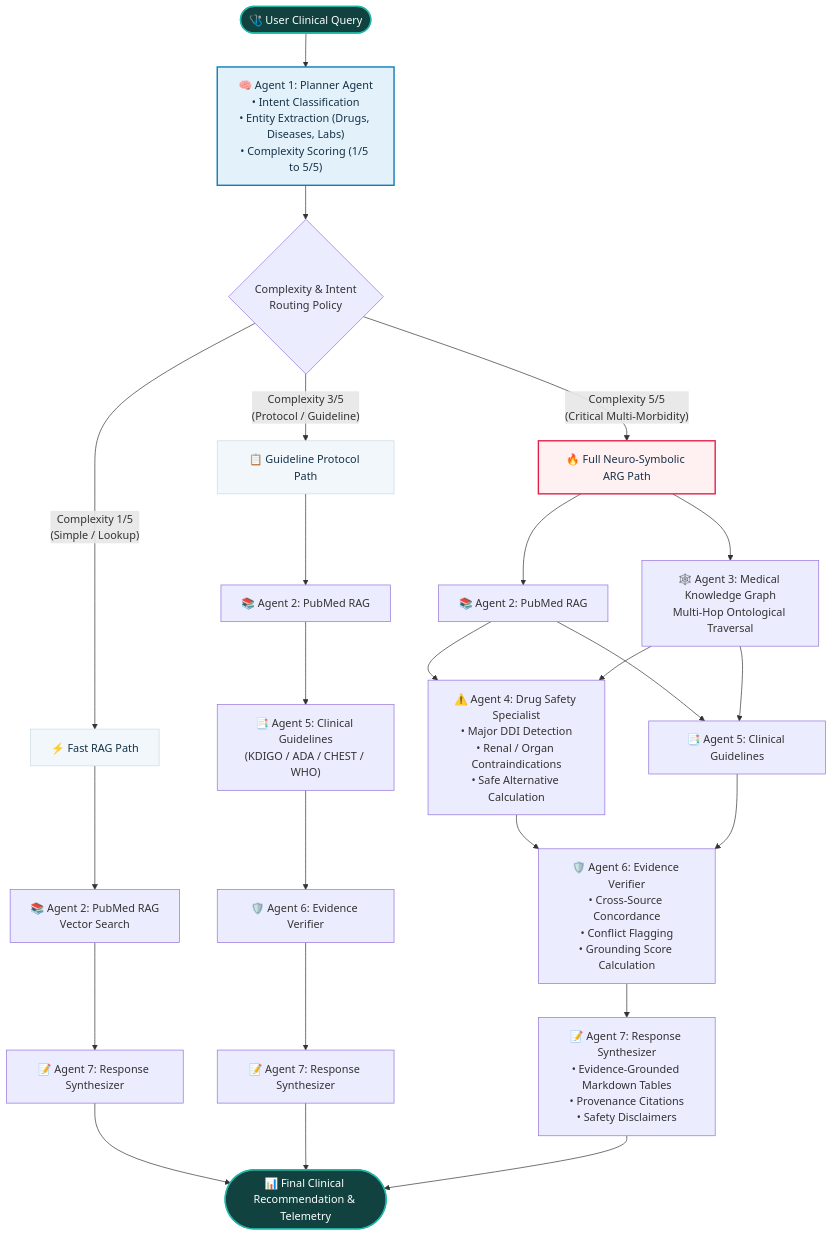
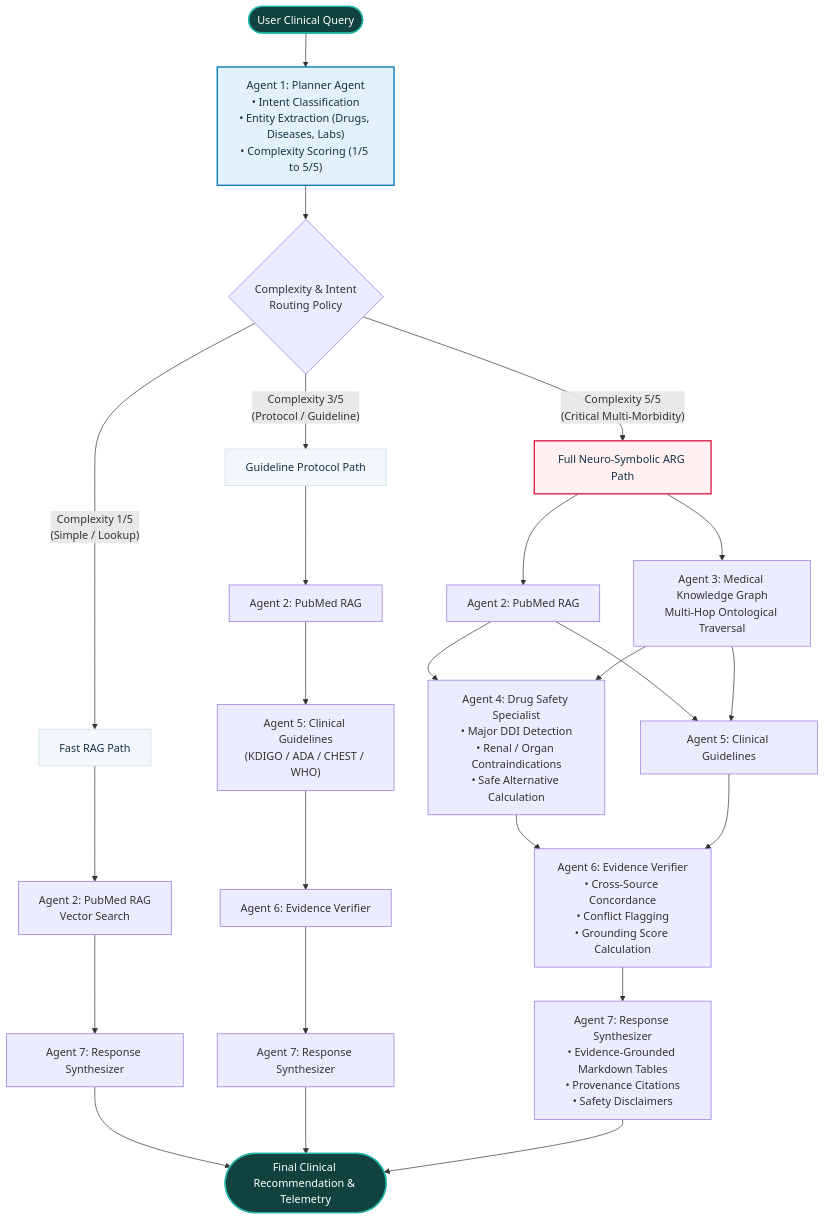
One commit to suryasenthilr/MedGraph changed the diagram in README.md. Above: the diagram before and after it, drawn with Mermaid. The commit also changed other lines of this file, not shown here.

````diff
--- a/README.md
+++ b/README.md
@@ -34,38 +27,38 @@
 ```mermaid
 flowchart TD
-    UserQuery(["🩺 User Clinical Query"]) --> Planner["🧠 Agent 1: Planner Agent\n• Intent Classification\n• Entity Extraction (Drugs, Diseases, Labs)\n• Complexity Scoring (1/5 to 5/5)"]
+    UserQuery(["User Clinical Query"]) --> Planner["Agent 1: Planner Agent\n• Intent Classification\n• Entity Extraction (Drugs, Diseases, Labs)\n• Complexity Scoring (1/5 to 5/5)"]
 
     Planner --> Decision{"Complexity & Intent\nRouting Policy"}
 
     %% Path 1: Simple Symptoms
-    Decision -->|"Complexity 1/5\n(Simple / Lookup)"| Path1["⚡ Fast RAG Path"]
-    Path1 --> RAG1["📚 Agent 2: PubMed RAG\nVector Search"]
-    RAG1 --> Resp1["📝 Agent 7: Response Synthesizer"]
+    Decision -->|"Complexity 1/5\n(Simple / Lookup)"| Path1["Fast RAG Path"]
+    Path1 --> RAG1["Agent 2: PubMed RAG\nVector Search"]
+    RAG1 --> Resp1["Agent 7: Response Synthesizer"]
 
     %% Path 2: Clinical Guidelines
-    Decision -->|"Complexity 3/5\n(Protocol / Guideline)"| Path2["📋 Guideline Protocol Path"]
-    Path2 --> RAG2["📚 Agent 2: PubMed RAG"]
-    RAG2 --> Guide2["📑 Agent 5: Clinical Guidelines\n(KDIGO / ADA / CHEST / WHO)"]
-    Guide2 --> Verif2["🛡️ Agent 6: Evidence Verifier"]
-    Verif2 --> Resp2["📝 Agent 7: Response Synthesizer"]
+    Decision -->|"Complexity 3/5\n(Protocol / Guideline)"| Path2["Guideline Protocol Path"]
+    Path2 --> RAG2["Agent 2: PubMed RAG"]
+    RAG2 --> Guide2["Agent 5: Clinical Guidelines\n(KDIGO / ADA / CHEST / WHO)"]
+    Guide2 --> Verif2["Agent 6: Evidence Verifier"]
+    Verif2 --> Resp2["Agent 7: Response Synthesizer"]
 
     %% Path 3: Complex Polypharmacy / Multimorbidity
-    Decision -->|"Complexity 5/5\n(Critical Multi-Morbidity)"| Path3["🔥 Full Neuro-Symbolic ARG Path"]
-    Path3 --> RAG3["📚 Agent 2: PubMed RAG"]
-    Path3 --> KG3["🕸️ Agent 3: Medical Knowledge Graph\nMulti-Hop Ontological Traversal"]
+    Decision -->|"Complexity 5/5\n(Critical Multi-Morbidity)"| Path3["Full Neuro-Symbolic ARG Path"]
+    Path3 --> RAG3["Agent 2: PubMed RAG"]
+    Path3 --> KG3["Agent 3: Medical Knowledge Graph\nMulti-Hop Ontological Traversal"]
     
-    RAG3 & KG3 --> Safety3["⚠️ Agent 4: Drug Safety Specialist\n• Major DDI Detection\n• Renal / Organ Contraindications\n• Safe Alternative Calculation"]
-    RAG3 & KG3 --> Guide3["📑 Agent 5: Clinical Guidelines"]
+    RAG3 & KG3 --> Safety3["Agent 4: Drug Safety Specialist\n• Major DDI Detection\n• Renal / Organ Contraindications\n• Safe Alternative Calculation"]
+    RAG3 & KG3 --> Guide3["Agent 5: Clinical Guidelines"]
 
-    Safety3 & Guide3 --> Verif3["🛡️ Agent 6: Evidence Verifier\n• Cross-Source Concordance\n• Conflict Flagging\n• Grounding Score Calculation"]
-    Verif3 --> Resp3["📝 Agent 7: Response Synthesizer\n• Evidence-Grounded Markdown Tables\n• Provenance Citations\n• Safety Disclaimers"]
+    Safety3 & Guide3 --> Verif3["Agent 6: Evidence Verifier\n• Cross-Source Concordance\n• Conflict Flagging\n• Grounding Score Calculation"]
+    Verif3 --> Resp3["Agent 7: Response Synthesizer\n• Evidence-Grounded Markdown Tables\n• Provenance Citations\n• Safety Disclaimers"]
 
-    Resp1 & Resp2 & Resp3 --> FinalOutput(["📊 Final Clinical Recommendation & Telemetry"])
+    Resp1 & Resp2 & Resp3 --> FinalOutput(["Final Clinical Recommendation & Telemetry"])
 
     style UserQuery fill:#11423F,stroke:#1FB6A6,stroke-width:2px,color:#fff
     style Planner fill:#E3F2FA,stroke:#0878B9,stroke-width:2px,color:#163247
     style Path1 fill:#F1F7FB,stroke:#C9D9E4,stroke-width:1px,color:#163247
     style Path2 fill:#F1F7FB,stroke:#C9D9E4,stroke-width:1px,color:#163247
     style Path3 fill:#FFF1F2,stroke:#E11D48,stroke-width:2px,color:#163247
     style FinalOutput fill:#11423F,stroke:#1FB6A6,stroke-width:2px,color:#fff
 ```
````
